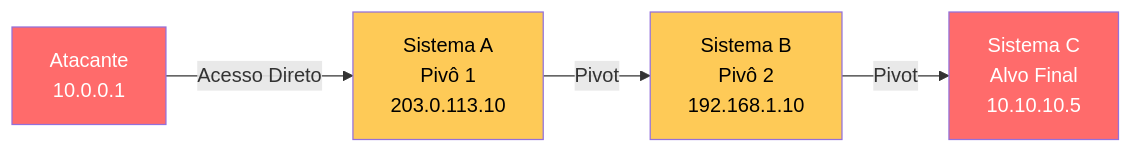
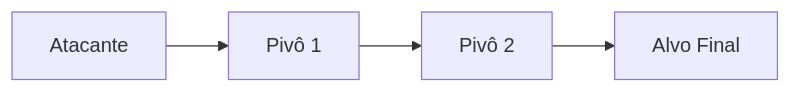
The first of 20 diagrams in RedTeam/Guia_Pivoting/pivoting.md (Guilherme-alexander/CyberSecurity), drawn with Mermaid before and after one commit. The commit also changed other lines of this file, not shown here.

````diff
--- a/RedTeam/Guia_Pivoting/pivoting.md
+++ b/RedTeam/Guia_Pivoting/pivoting.md
@@ -20,11 +21,6 @@
 ```mermaid
 graph LR
-    A[Atacante<br/>10.0.0.1] -->|Acesso Direto| B[Sistema A<br/>Pivô 1<br/>203.0.113.10]
-    B -->|Pivot| C[Sistema B<br/>Pivô 2<br/>192.168.1.10]
-    C -->|Pivot| D[Sistema C<br/>Alvo Final<br/>10.10.10.5]
-    
-    style A fill:#ff6b6b,color:#fff
-    style B fill:#feca57,color:#000
-    style C fill:#feca57,color:#000
-    style D fill:#ff6b6b,color:#fff
+    A[Atacante] --> B[Pivô 1]
+    B --> C[Pivô 2]
+    C --> D[Alvo Final]
 ```
````
